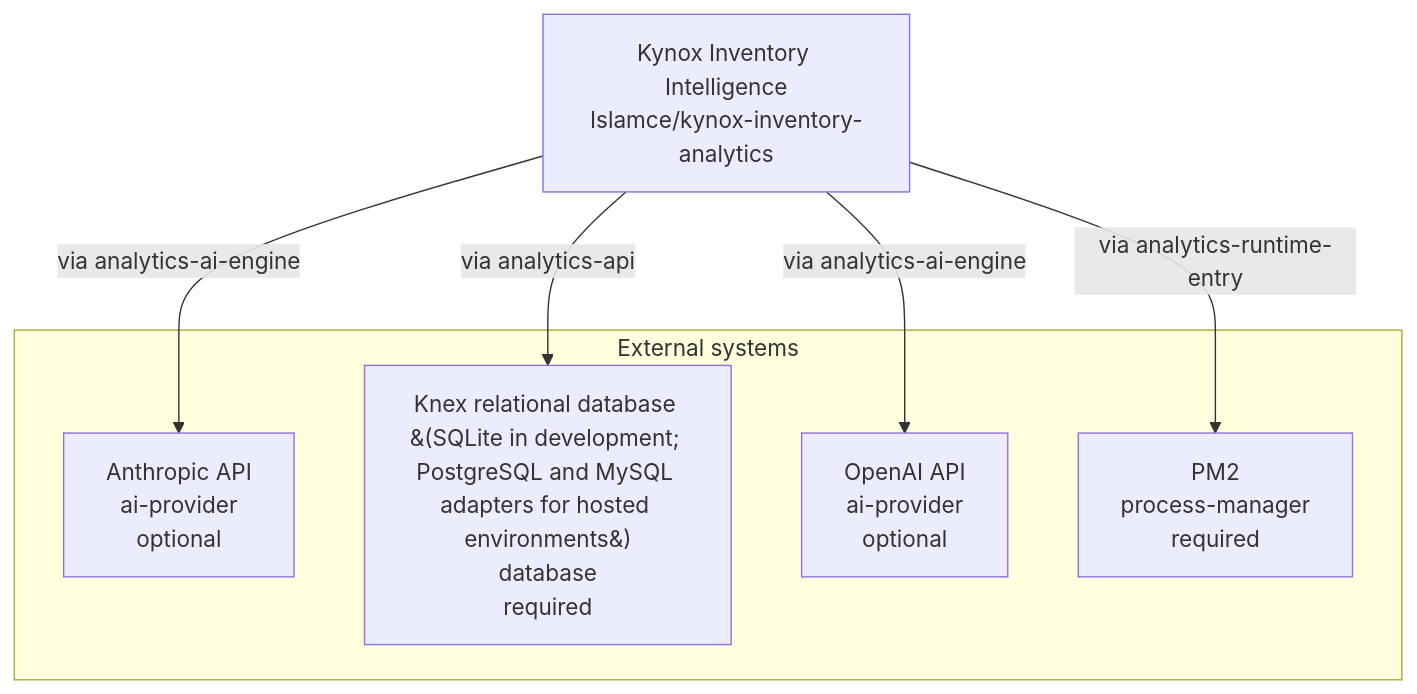
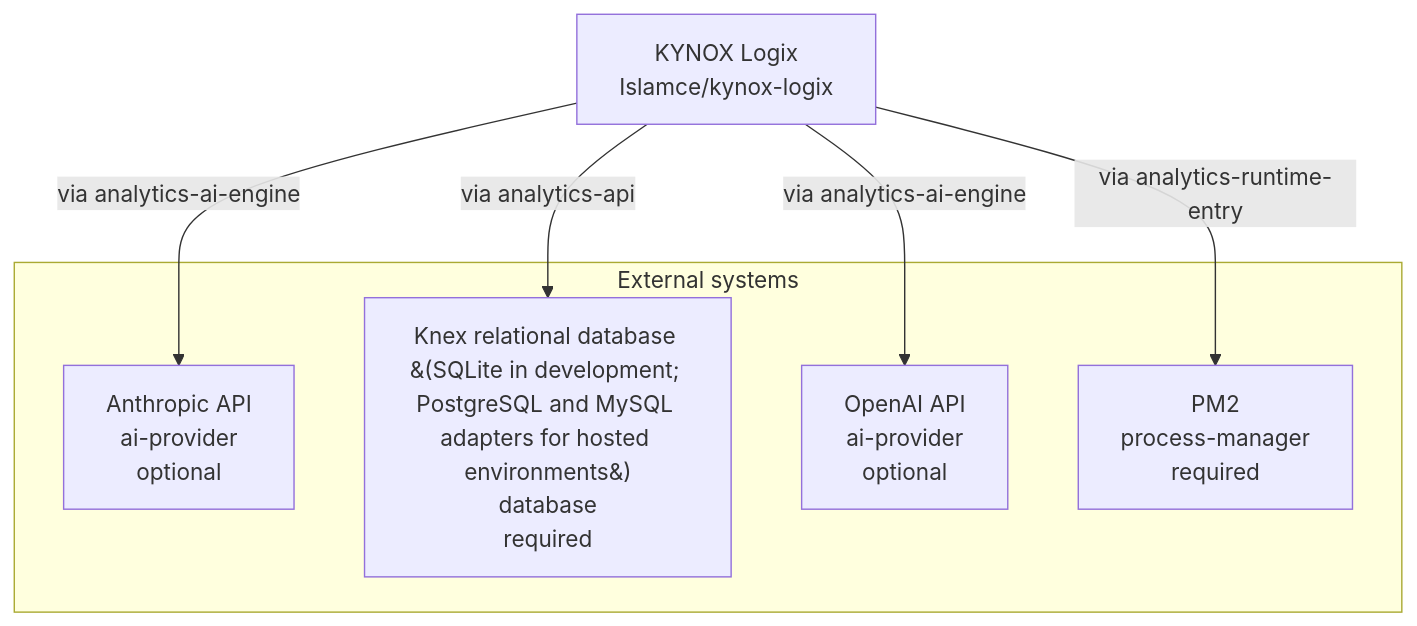
The diagram in .ai/diagrams/context.md (Islamce/kynox-logix), drawn with Mermaid before and after one commit. The commit also changed other lines of this file and 21 other files, not shown here.

Commit message:
chore(kaaf): regenerate architecture context

````diff
--- a/.ai/diagrams/context.md
+++ b/.ai/diagrams/context.md
@@ -7,14 +7,14 @@
 ```mermaid
 graph TB
-  Kynox_Inventory_Intelligence["Kynox Inventory Intelligence<br/>Islamce/kynox-inventory-analytics"]
+  KYNOX_Logix["KYNOX Logix<br/>Islamce/kynox-logix"]
   subgraph external[External systems]
     ext_Anthropic_API["Anthropic API<br/>ai-provider<br/>optional"]
     ext_Knex_relational_database_SQLite_in_development_PostgreSQL_and_MySQL_adapters_for_hosted_environments["Knex relational database &#40;SQLite in development; PostgreSQL and MySQL adapters for hosted environments&#41;<br/>database<br/>required"]
     ext_OpenAI_API["OpenAI API<br/>ai-provider<br/>optional"]
     ext_PM2["PM2<br/>process-manager<br/>required"]
   end
-  Kynox_Inventory_Intelligence -->|via analytics-ai-engine| ext_Anthropic_API
-  Kynox_Inventory_Intelligence -->|via analytics-api| ext_Knex_relational_database_SQLite_in_development_PostgreSQL_and_MySQL_adapters_for_hosted_environments
-  Kynox_Inventory_Intelligence -->|via analytics-ai-engine| ext_OpenAI_API
-  Kynox_Inventory_Intelligence -->|via analytics-runtime-entry| ext_PM2
+  KYNOX_Logix -->|via analytics-ai-engine| ext_Anthropic_API
+  KYNOX_Logix -->|via analytics-api| ext_Knex_relational_database_SQLite_in_development_PostgreSQL_and_MySQL_adapters_for_hosted_environments
+  KYNOX_Logix -->|via analytics-ai-engine| ext_OpenAI_API
+  KYNOX_Logix -->|via analytics-runtime-entry| ext_PM2
 ```
````
